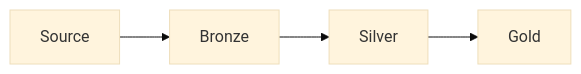
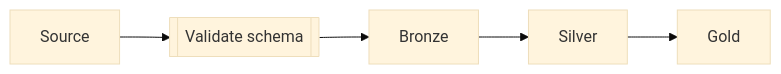
Before and after one commit to v-amorim/portfolio: the first of 25 diagrams in docs/blog/exemplos-mermaid.en.md, drawn with Mermaid (base theme). The commit also changed other lines of this file and 5 other files, not shown here.

Commit message:
content: reframe the Mermaid post as a Moonlight theme gallery with per-diagram notes

````diff
--- a/docs/blog/exemplos-mermaid.en.md
+++ b/docs/blog/exemplos-mermaid.en.md
@@ -13,6 +19,7 @@
 ```mermaid
 graph LR
-    A[Source] --> B[Bronze]
+    A[Source] --> V[[Validate schema]]
+    V --> B[Bronze]
     B --> C[Silver]
     C --> D[Gold]
 ```
````
